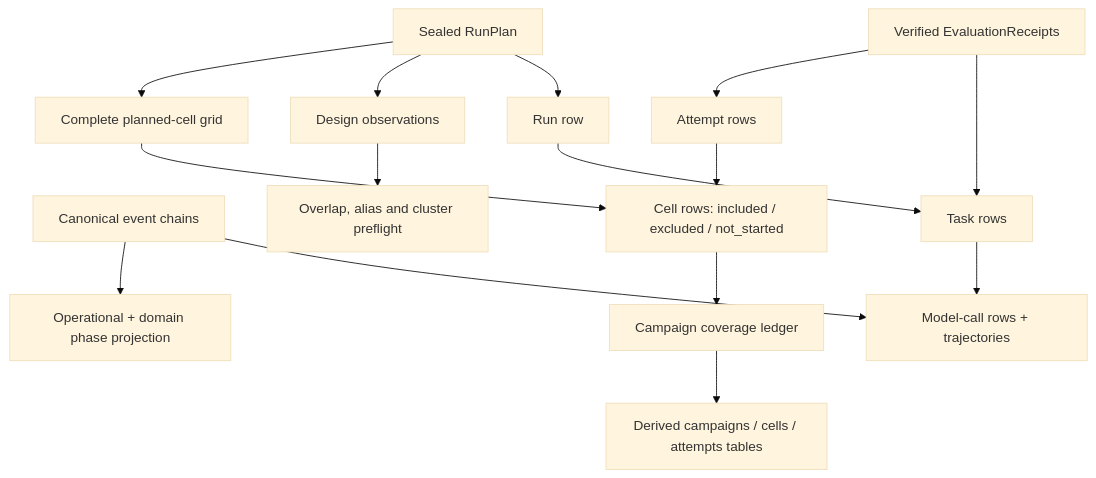
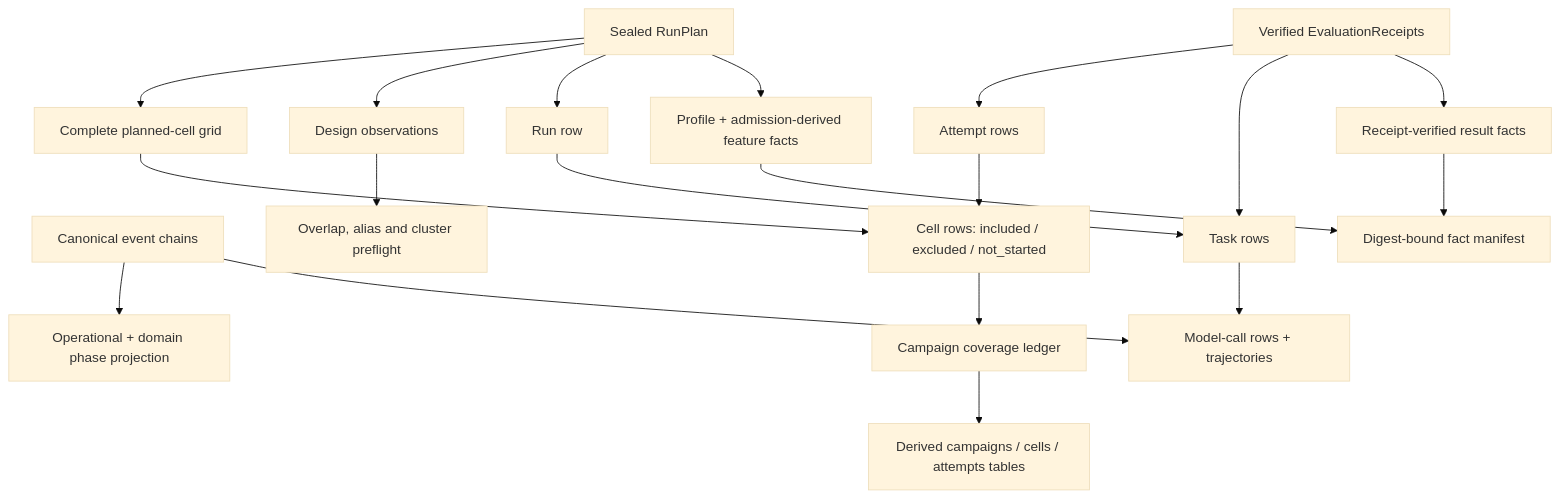
The diagram in docs/research_runner_harness.md (aeread-org/AERead), drawn with Mermaid (base theme) before and after one commit. The commit also changed other lines of this file and 9 other files, not shown here.

````diff
--- a/docs/research_runner_harness.md
+++ b/docs/research_runner_harness.md
@@ -18,16 +21,20 @@
 ```mermaid
 flowchart TD
     P[Sealed RunPlan] --> G[Complete planned-cell grid]
     E[Canonical event chains] --> EP[Operational + domain phase projection]
     R[Verified EvaluationReceipts] --> A[Attempt rows]
     G --> C[Cell rows: included / excluded / not_started]
     A --> C
     C --> L[Campaign coverage ledger]
     P --> D[Design observations]
     D --> Q[Overlap, alias and cluster preflight]
     L --> T[Derived campaigns / cells / attempts tables]
     P --> LR[Run row]
     R --> LT[Task rows]
     E --> LC[Model-call rows + trajectories]
     LR --> LT --> LC
+    P --> PF[Profile + admission-derived feature facts]
+    R --> RF[Receipt-verified result facts]
+    PF --> FM[Digest-bound fact manifest]
+    RF --> FM
 ```
````
